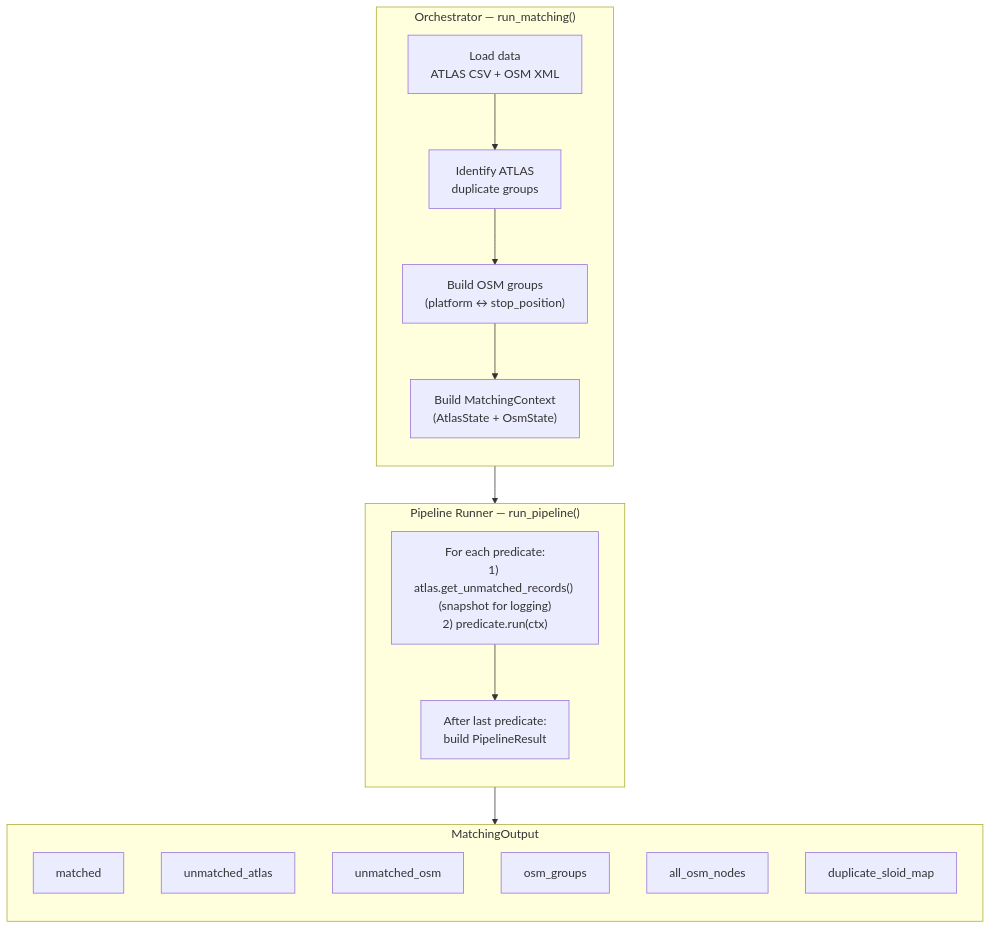
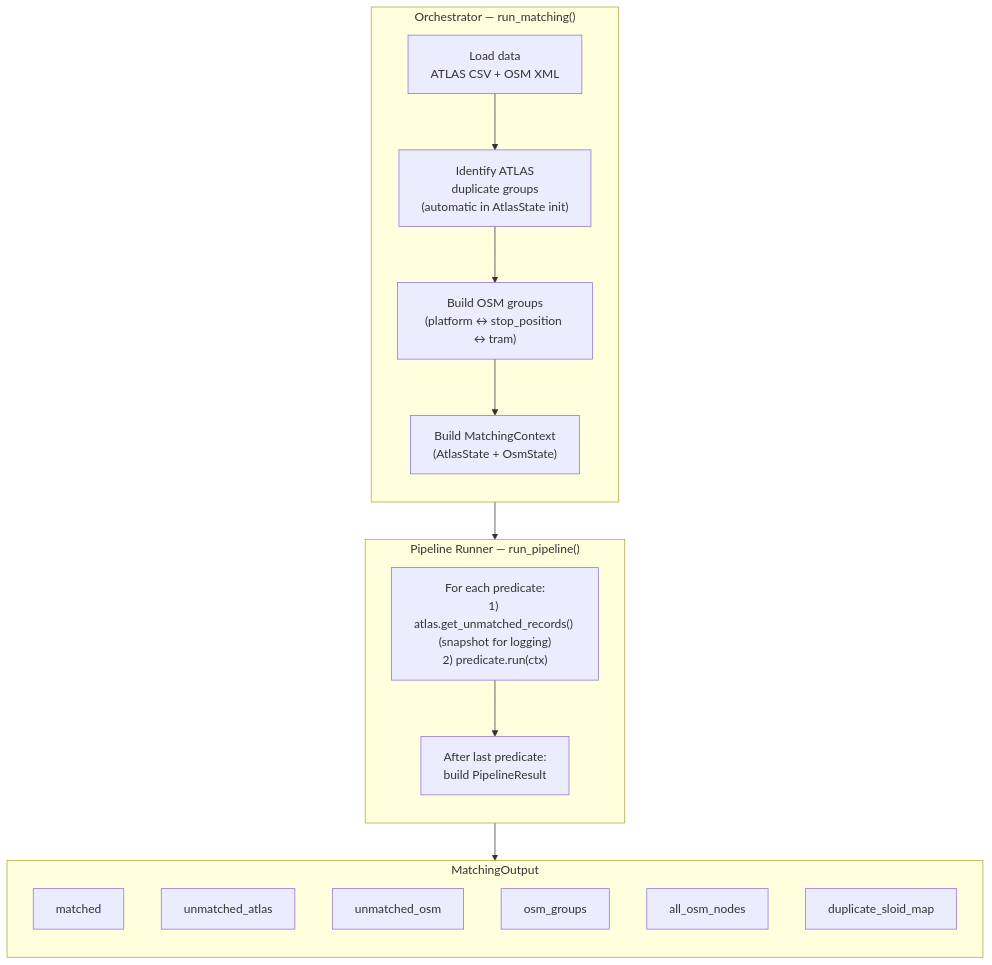
Before and after one commit to openTdataCH/stop_sync_osm_atlas: the fourth of 5 diagrams in documentation/2. Matching process.md, drawn with Mermaid. The commit also changed other lines of this file and 66 other files, not shown here.

````diff
--- a/documentation/2. Matching process.md
+++ b/documentation/2. Matching process.md
@@ -287,32 +311,32 @@
 ```mermaid
 flowchart TB
     subgraph Orchestrator ["Orchestrator — run_matching()"]
         direction TB
         LOAD["Load data<br/>ATLAS CSV + OSM XML"]
-        DUPS["Identify ATLAS<br/>duplicate groups"]
-        GRP["Build OSM groups<br/>(platform ↔ stop_position)"]
+        DUPS["Identify ATLAS<br/>duplicate groups<br/>(automatic in AtlasState init)"]
+        GRP["Build OSM groups<br/>(platform ↔ stop_position ↔ tram)"]
         INIT["Build MatchingContext<br/>(AtlasState + OsmState)"]
         LOAD --> DUPS --> GRP --> INIT
     end
 
     INIT --> RUNNER
 
     subgraph RUNNER ["Pipeline Runner — run_pipeline()"]
         direction TB
         STEP["For each predicate:<br/>1) atlas.get_unmatched_records() (snapshot for logging)<br/>2) predicate.run(ctx)"]
         BUILD["After last predicate:<br/>build PipelineResult"]
         STEP --> BUILD
     end
 
     subgraph Output ["MatchingOutput"]
         direction TB
         M["matched"]
         UA["unmatched_atlas"]
         UO["unmatched_osm"]
         GS["osm_groups"]
         AN["all_osm_nodes"]
         DM["duplicate_sloid_map"]
     end
 
     RUNNER --> Output
 ```
````
